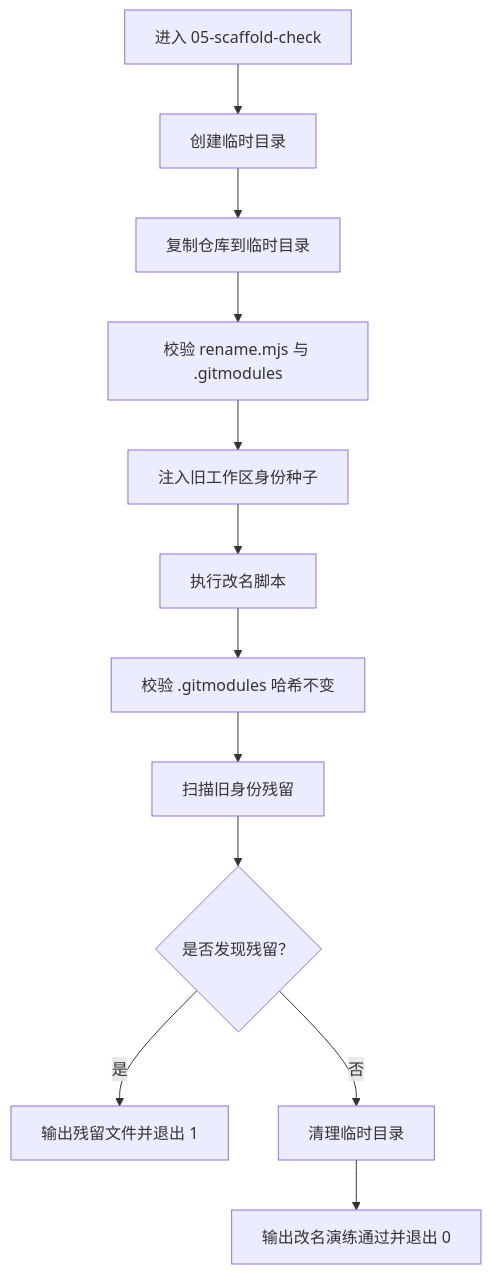
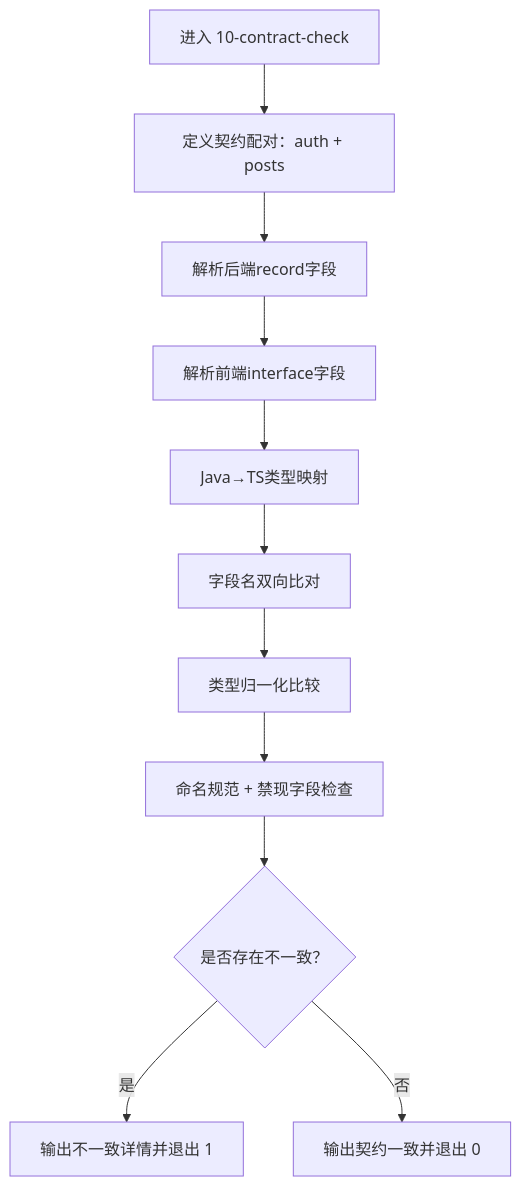
Before and after one commit to luyitiger6/my-first-project: the fourth of 8 diagrams in .qoder/repowiki/zh/content/自动化验证/闸门系统概述.md, drawn with Mermaid. The commit also changed other lines of this file and 54 other files, not shown here.

````diff
--- a/.qoder/repowiki/zh/content/自动化验证/闸门系统概述.md
+++ b/.qoder/repowiki/zh/content/自动化验证/闸门系统概述.md
@@ -279,14 +193,13 @@
 ```mermaid
 flowchart TD
-S05Start["进入 05-scaffold-check"] --> TempDir["创建临时目录"]
-TempDir --> CopyTree["复制仓库到临时目录"]
-CopyTree --> ValidateFiles["校验 rename.mjs 与 .gitmodules"]
-ValidateFiles --> SeedOldIdentity["注入旧工作区身份种子"]
-SeedOldIdentity --> RenameScript["执行改名脚本"]
-RenameScript --> GitmodulesHash["校验 .gitmodules 哈希不变"]
-GitmodulesHash --> ScanResidual["扫描旧身份残留"]
-ScanResidual --> ResidualFound{"是否发现残留？"}
-ResidualFound --> |是| Fail05["输出残留文件并退出 1"]
-ResidualFound --> |否| Cleanup["清理临时目录"]
-Cleanup --> Pass05["输出改名演练通过并退出 0"]
+S10Start["进入 10-contract-check"] --> ContractPairs["定义契约配对：auth + posts"]
+ContractPairs --> ParseBackend["解析后端record字段"]
+ParseBackend --> ParseFrontend["解析前端interface字段"]
+ParseFrontend --> TypeMapping["Java→TS类型映射"]
+TypeMapping --> FieldComparison["字段名双向比对"]
+FieldComparison --> TypeComparison["类型归一化比较"]
+TypeComparison --> ValidationRules["命名规范 + 禁现字段检查"]
+ValidationRules --> Failures{"是否存在不一致？"}
+Failures --> |是| Fail10["输出不一致详情并退出 1"]
+Failures --> |否| Pass10["输出契约一致并退出 0"]
 ```
````
